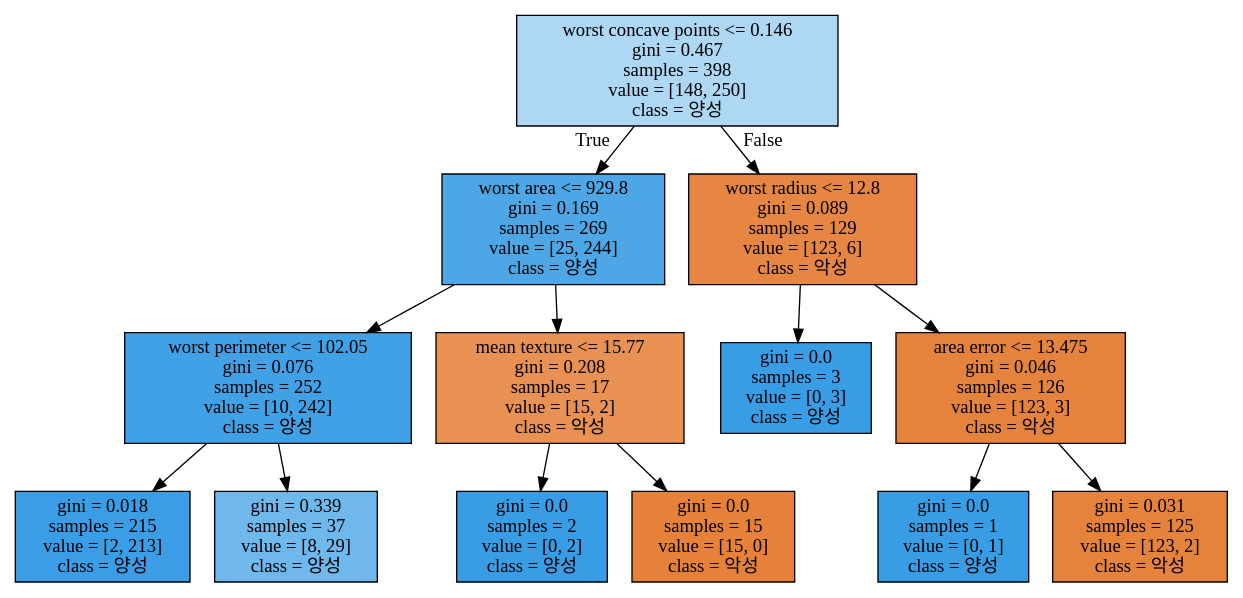
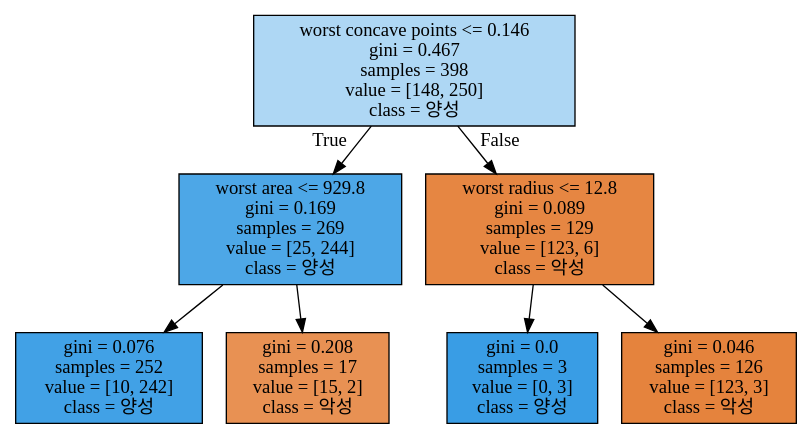
Before and after one commit to daaie/MachineLearning: the diagram in dev/20190411_ml_teacher/2_scikit-learn/3_decision_tree/cancer_tree.dot, drawn with Graphviz. The commit also changed 208 other files, not shown here.

```diff
--- a/dev/20190411_ml_teacher/2_scikit-learn/3_decision_tree/cancer_tree.dot
+++ b/dev/20190411_ml_teacher/2_scikit-learn/3_decision_tree/cancer_tree.dot
@@ -1,28 +1,16 @@
 digraph Tree {
 node [shape=box, style="filled", color="black"] ;
 0 [label="worst concave points <= 0.146\ngini = 0.467\nsamples = 398\nvalue = [148, 250]\nclass = 양성", fillcolor="#399de568"] ;
 1 [label="worst area <= 929.8\ngini = 0.169\nsamples = 269\nvalue = [25, 244]\nclass = 양성", fillcolor="#399de5e5"] ;
 0 -> 1 [labeldistance=2.5, labelangle=45, headlabel="True"] ;
-2 [label="worst perimeter <= 102.05\ngini = 0.076\nsamples = 252\nvalue = [10, 242]\nclass = 양성", fillcolor="#399de5f4"] ;
+2 [label="gini = 0.076\nsamples = 252\nvalue = [10, 242]\nclass = 양성", fillcolor="#399de5f4"] ;
 1 -> 2 ;
-3 [label="gini = 0.018\nsamples = 215\nvalue = [2, 213]\nclass = 양성", fillcolor="#399de5fd"] ;
-2 -> 3 ;
-4 [label="gini = 0.339\nsamples = 37\nvalue = [8, 29]\nclass = 양성", fillcolor="#399de5b9"] ;
-2 -> 4 ;
-5 [label="mean texture <= 15.77\ngini = 0.208\nsamples = 17\nvalue = [15, 2]\nclass = 악성", fillcolor="#e58139dd"] ;
-1 -> 5 ;
-6 [label="gini = 0.0\nsamples = 2\nvalue = [0, 2]\nclass = 양성", fillcolor="#399de5ff"] ;
-5 -> 6 ;
-7 [label="gini = 0.0\nsamples = 15\nvalue = [15, 0]\nclass = 악성", fillcolor="#e58139ff"] ;
-5 -> 7 ;
-8 [label="worst radius <= 12.8\ngini = 0.089\nsamples = 129\nvalue = [123, 6]\nclass = 악성", fillcolor="#e58139f3"] ;
-0 -> 8 [labeldistance=2.5, labelangle=-45, headlabel="False"] ;
-9 [label="gini = 0.0\nsamples = 3\nvalue = [0, 3]\nclass = 양성", fillcolor="#399de5ff"] ;
-8 -> 9 ;
-10 [label="area error <= 13.475\ngini = 0.046\nsamples = 126\nvalue = [123, 3]\nclass = 악성", fillcolor="#e58139f9"] ;
-8 -> 10 ;
-11 [label="gini = 0.0\nsamples = 1\nvalue = [0, 1]\nclass = 양성", fillcolor="#399de5ff"] ;
-10 -> 11 ;
-12 [label="gini = 0.031\nsamples = 125\nvalue = [123, 2]\nclass = 악성", fillcolor="#e58139fb"] ;
-10 -> 12 ;
+3 [label="gini = 0.208\nsamples = 17\nvalue = [15, 2]\nclass = 악성", fillcolor="#e58139dd"] ;
+1 -> 3 ;
+4 [label="worst radius <= 12.8\ngini = 0.089\nsamples = 129\nvalue = [123, 6]\nclass = 악성", fillcolor="#e58139f3"] ;
+0 -> 4 [labeldistance=2.5, labelangle=-45, headlabel="False"] ;
+5 [label="gini = 0.0\nsamples = 3\nvalue = [0, 3]\nclass = 양성", fillcolor="#399de5ff"] ;
+4 -> 5 ;
+6 [label="gini = 0.046\nsamples = 126\nvalue = [123, 3]\nclass = 악성", fillcolor="#e58139f9"] ;
+4 -> 6 ;
 }
```
